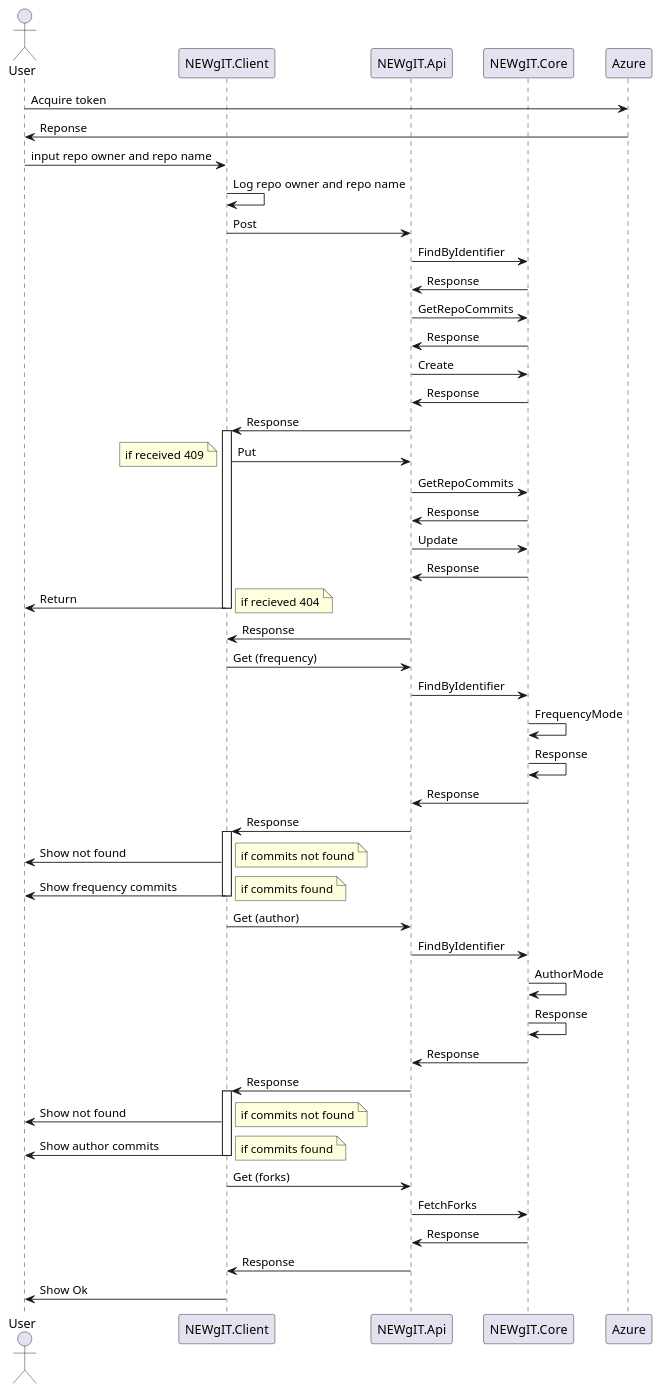
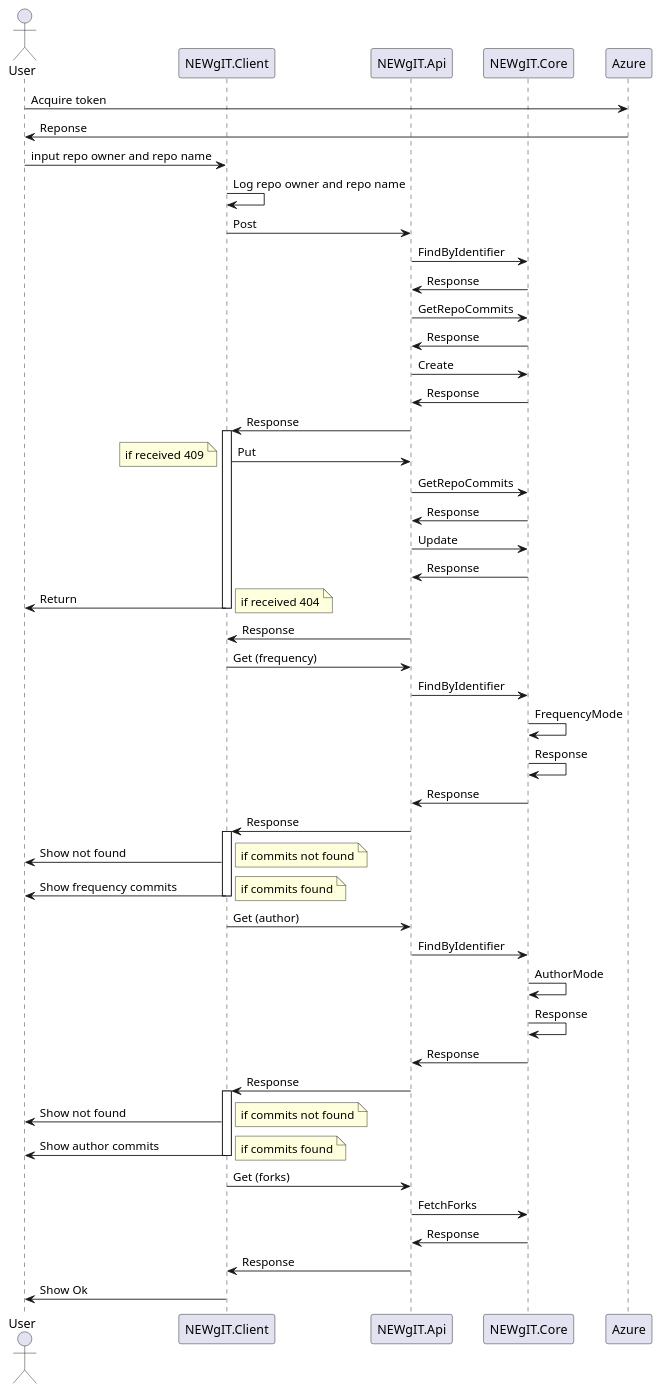
The third of 3 diagrams in docs/diagrams-code.md (atro-itu/bdsa-project-newgit), drawn with PlantUML before and after one commit.

```diff
--- a/docs/diagrams-code.md
+++ b/docs/diagrams-code.md
@@ -140,7 +140,7 @@
 NEWgIT.Api <- NEWgIT.Core : Response
 User <- NEWgIT.Client : Return
 note right
-  if recieved 404
+  if received 404
 end note
 deactivate NEWgIT.Client
 NEWgIT.Client <- NEWgIT.Api : Response
```
